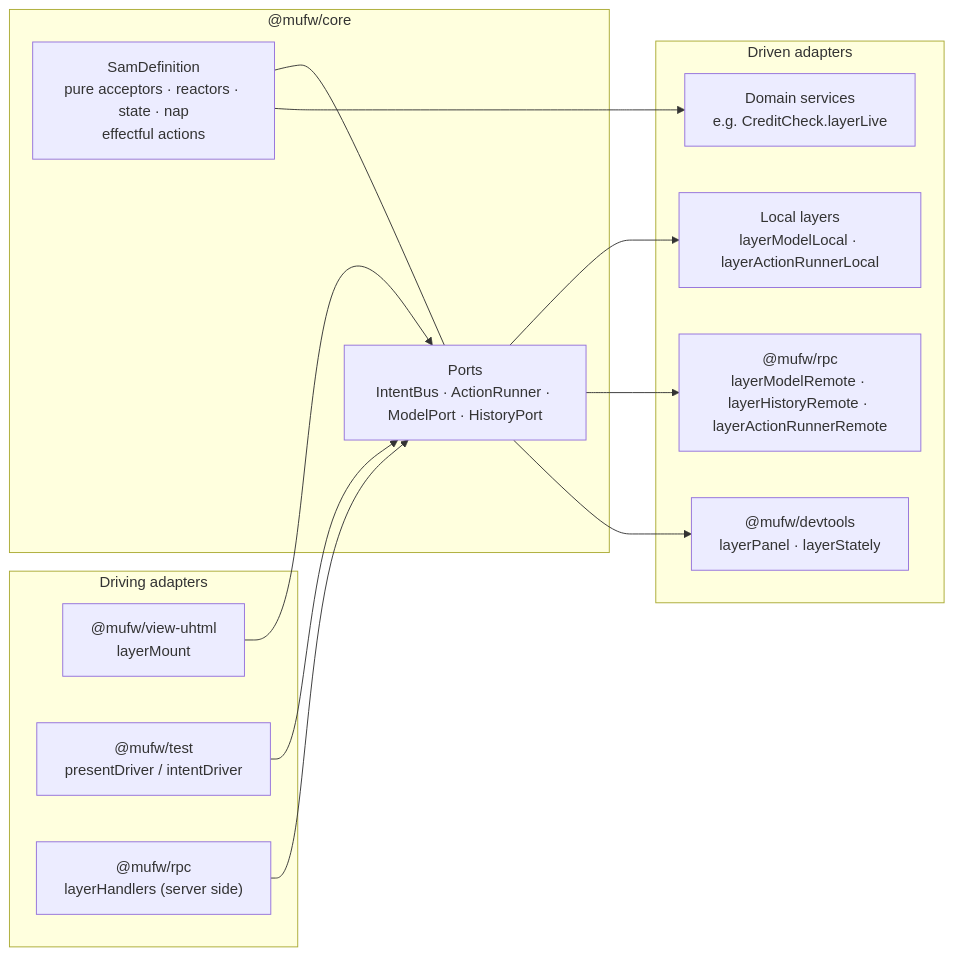
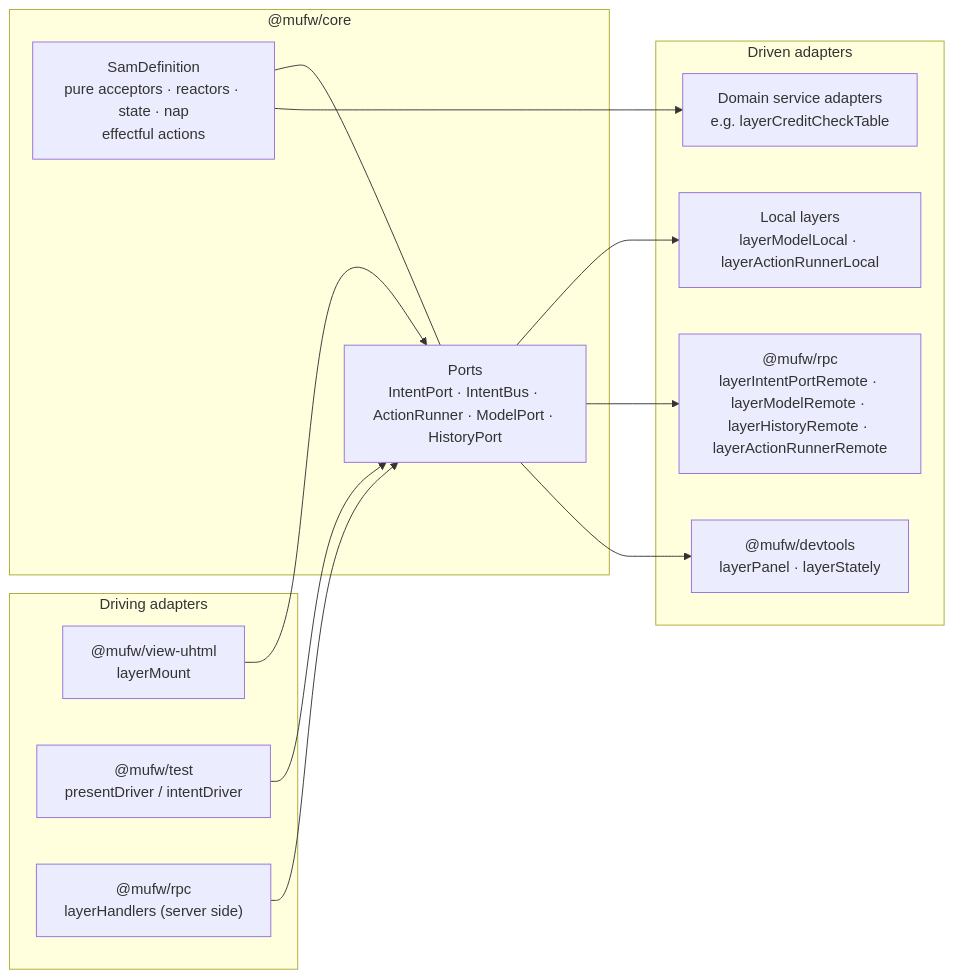
One commit to Trebh/microfw changed the first of 2 diagrams in docs/ARCHITECTURE.md. Above: the diagram before and after it, drawn with Mermaid. The commit also changed other lines of this file and 43 other files, not shown here.

````diff
--- a/docs/ARCHITECTURE.md
+++ b/docs/ARCHITECTURE.md
@@ -14,26 +14,26 @@
 ```mermaid
 flowchart LR
   subgraph Driving adapters
     View["@mufw/view-uhtml<br/>layerMount"]
     Drivers["@mufw/test<br/>presentDriver / intentDriver"]
     Handlers["@mufw/rpc<br/>layerHandlers (server side)"]
   end
   subgraph Core["@mufw/core"]
     Def["SamDefinition<br/>pure acceptors · reactors · state · nap<br/>effectful actions"]
-    Ports["Ports<br/>IntentBus · ActionRunner · ModelPort · HistoryPort"]
+    Ports["Ports<br/>IntentPort · IntentBus · ActionRunner · ModelPort · HistoryPort"]
     Def --- Ports
   end
   subgraph Driven adapters
     Local["Local layers<br/>layerModelLocal · layerActionRunnerLocal"]
-    Remote["@mufw/rpc<br/>layerModelRemote · layerHistoryRemote · layerActionRunnerRemote"]
-    Domain["Domain services<br/>e.g. CreditCheck.layerLive"]
+    Remote["@mufw/rpc<br/>layerIntentPortRemote · layerModelRemote · layerHistoryRemote · layerActionRunnerRemote"]
+    Domain["Domain service adapters<br/>e.g. layerCreditCheckTable"]
     Devtools["@mufw/devtools<br/>layerPanel · layerStately"]
   end
   View --> Ports
   Drivers --> Ports
   Handlers --> Ports
   Ports --> Local
   Ports --> Remote
   Def --> Domain
   Ports --> Devtools
 ```
````
